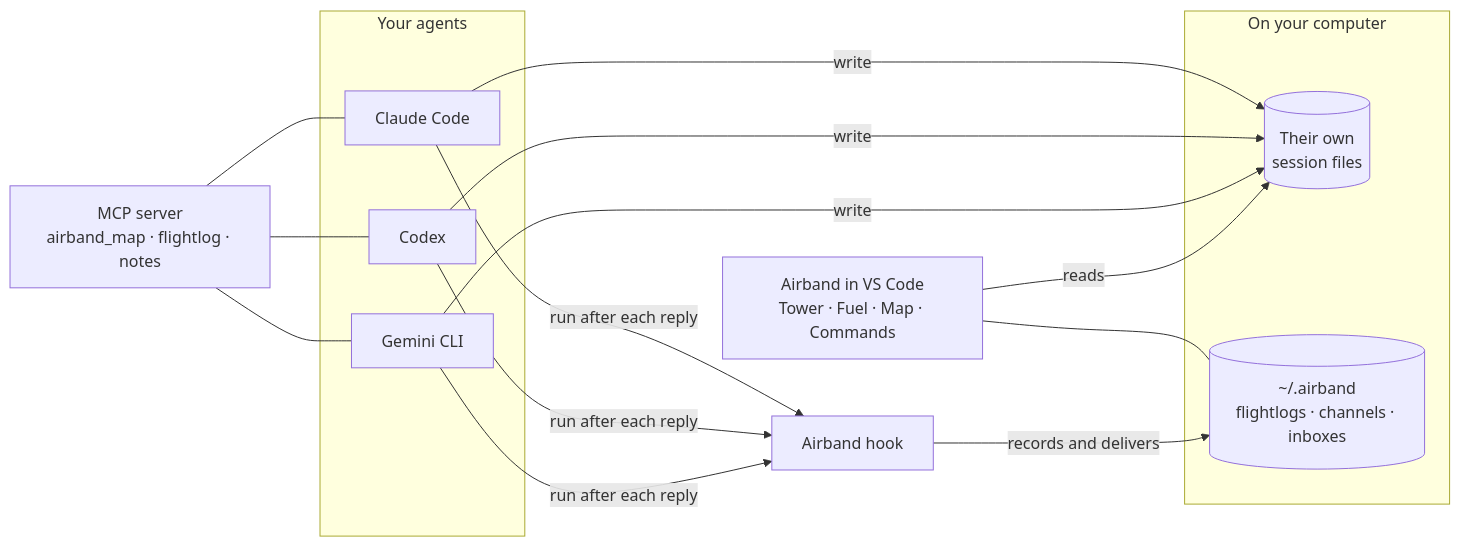
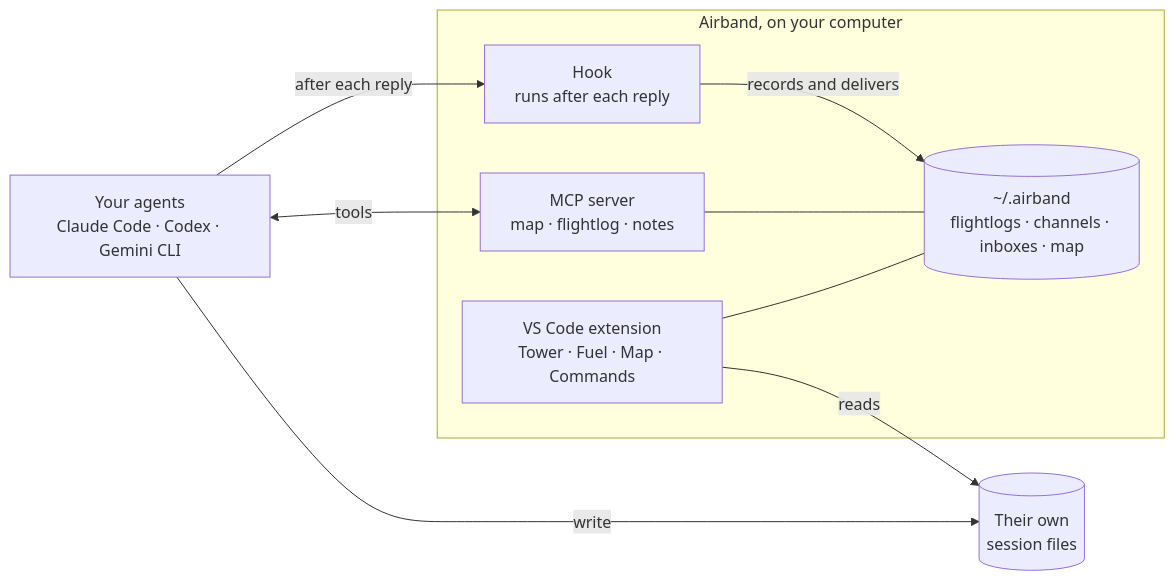
One commit to HarshBaldaniya/airband changed the first of 3 diagrams in README.md. Above: the diagram before and after it, drawn with Mermaid. The commit also changed other lines of this file and 6 other files, not shown here.

First line of the commit message:
README: rewritten with diagrams; screenshots and demo video removed

````diff
--- a/README.md
+++ b/README.md
@@ -110,21 +106,20 @@
 ```mermaid
 flowchart LR
-  subgraph agents [Your agents]
-    CC[Claude Code]
-    CX[Codex]
-    GM[Gemini CLI]
-  end
-  subgraph disk [On your computer]
-    S[(Their own<br/>session files)]
-    X[(~/.airband<br/>flightlogs · channels · inboxes)]
-  end
-  E[Airband in VS Code<br/>Tower · Fuel · Map · Commands]
-  H[Airband hook]
-  M[MCP server<br/>airband_map · flightlog · notes]
-  CC & CX & GM -- write --> S
-  E -- reads --> S
-  E --- X
-  CC & CX & GM -- run after each reply --> H
-  H -- records and delivers --> X
-  M --- CC & CX & GM
+    AGENTS["Your agents<br/>Claude Code · Codex · Gemini CLI"]
+    SESSIONS[("Their own<br/>session files")]
+
+    subgraph airband["Airband, on your computer"]
+        HOOK["Hook<br/>runs after each reply"]
+        MCP["MCP server<br/>map · flightlog · notes"]
+        HOME[("~/.airband<br/>flightlogs · channels · inboxes · map")]
+        EXT["VS Code extension<br/>Tower · Fuel · Map · Commands"]
+    end
+
+    AGENTS -->|write| SESSIONS
+    AGENTS -->|after each reply| HOOK
+    AGENTS <-->|tools| MCP
+    HOOK -->|records and delivers| HOME
+    MCP --- HOME
+    EXT -->|reads| SESSIONS
+    EXT --- HOME
 ```
````
